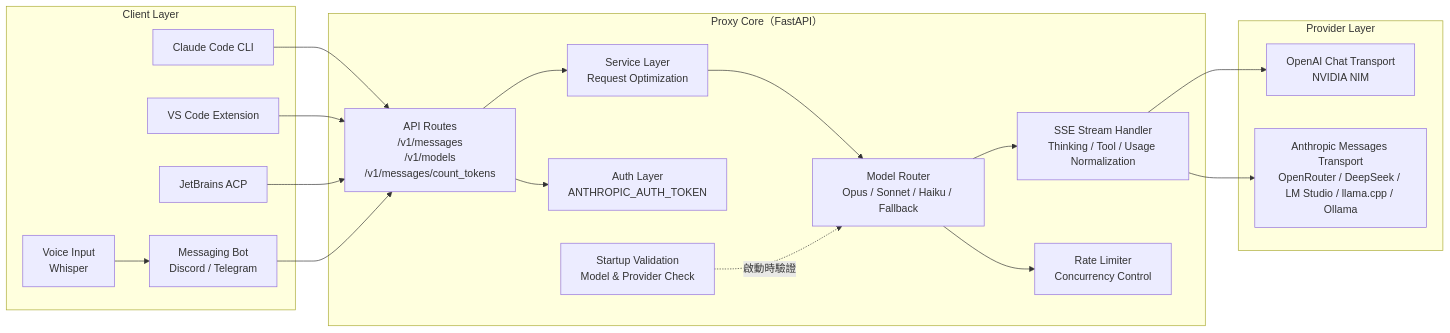
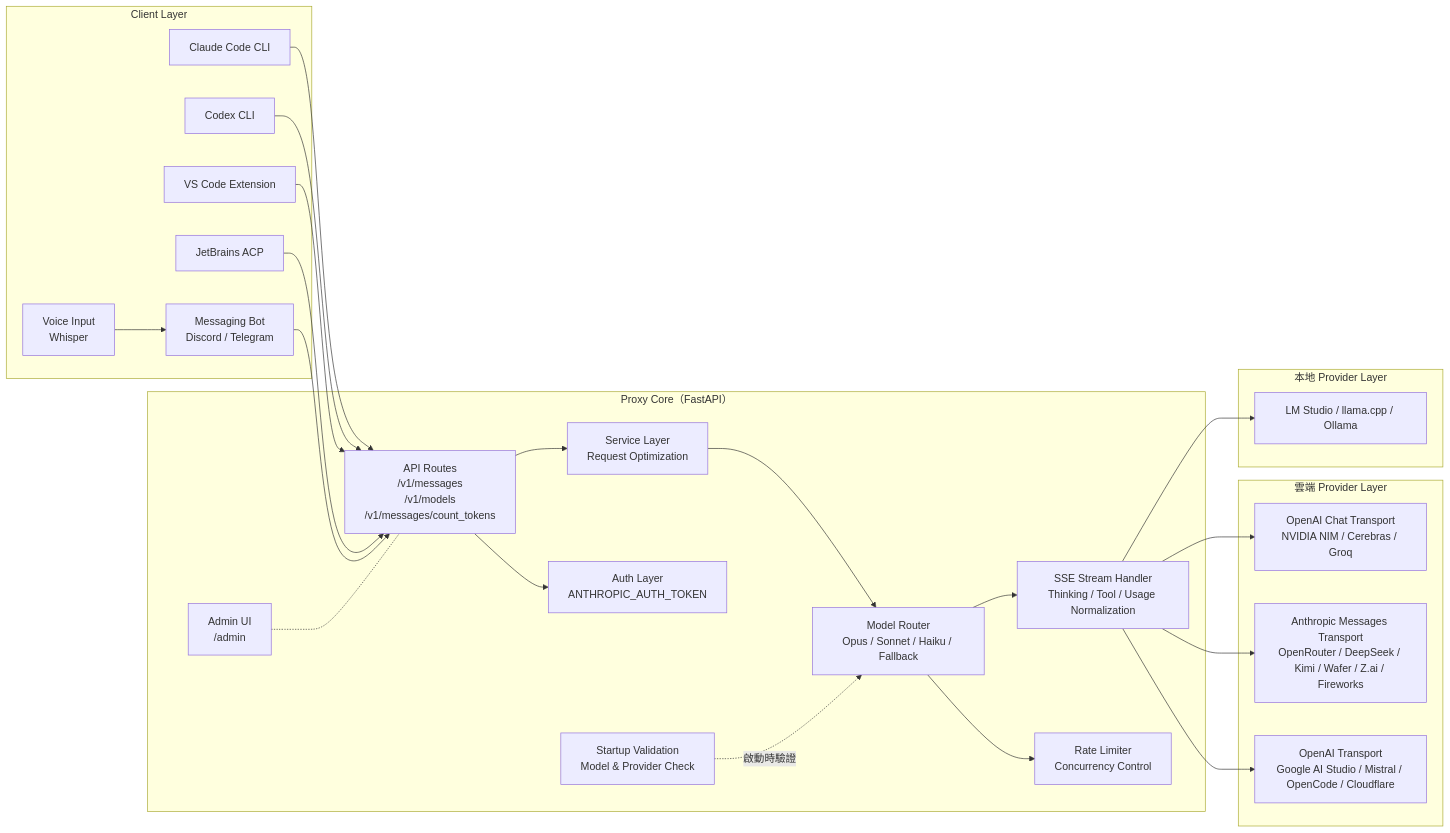
Before and after one commit to chihhung/Blog: the second of 20 diagrams in content/posts/教學/AI開發/free-claude-code 教學手冊.md, drawn with Mermaid. The commit also changed other lines of this file and 8 other files, not shown here.

````diff
--- a/content/posts/教學/AI開發/free-claude-code 教學手冊.md
+++ b/content/posts/教學/AI開發/free-claude-code 教學手冊.md
@@ -130,40 +181,51 @@
 ```mermaid
 graph LR
     subgraph "Client Layer"
         A1[Claude Code CLI]
+        A1B[Codex CLI]
         A2[VS Code Extension]
         A3[JetBrains ACP]
         A4[Messaging Bot<br/>Discord / Telegram]
         A5[Voice Input<br/>Whisper]
     end
 
     subgraph "Proxy Core（FastAPI）"
+        ADM[Admin UI<br/>/admin]
         B1[API Routes<br/>/v1/messages<br/>/v1/models<br/>/v1/messages/count_tokens]
         B2[Service Layer<br/>Request Optimization]
         B3[Model Router<br/>Opus / Sonnet / Haiku / Fallback]
         B4[SSE Stream Handler<br/>Thinking / Tool / Usage Normalization]
         B5[Rate Limiter<br/>Concurrency Control]
         B6[Auth Layer<br/>ANTHROPIC_AUTH_TOKEN]
         B7[Startup Validation<br/>Model & Provider Check]
     end
 
-    subgraph "Provider Layer"
-        C1[OpenAI Chat Transport<br/>NVIDIA NIM]
-        C2[Anthropic Messages Transport<br/>OpenRouter / DeepSeek / LM Studio / llama.cpp / Ollama]
+    subgraph "雲端 Provider Layer"
+        C1[OpenAI Chat Transport<br/>NVIDIA NIM / Cerebras / Groq]
+        C2[Anthropic Messages Transport<br/>OpenRouter / DeepSeek / Kimi / Wafer / Z.ai / Fireworks]
+        C3[OpenAI Transport<br/>Google AI Studio / Mistral / OpenCode / Cloudflare]
+    end
+
+    subgraph "本地 Provider Layer"
+        D1[LM Studio / llama.cpp / Ollama]
     end
 
     A1 --> B1
+    A1B --> B1
     A2 --> B1
     A3 --> B1
     A4 --> B1
     A5 --> A4
+    ADM -.- B1
 
     B1 --> B2
     B2 --> B3
     B3 --> B4
     B4 --> C1
     B4 --> C2
+    B4 --> C3
+    B4 --> D1
     B3 --> B5
     B1 --> B6
     B7 -.->|啟動時驗證| B3
 ```
````
